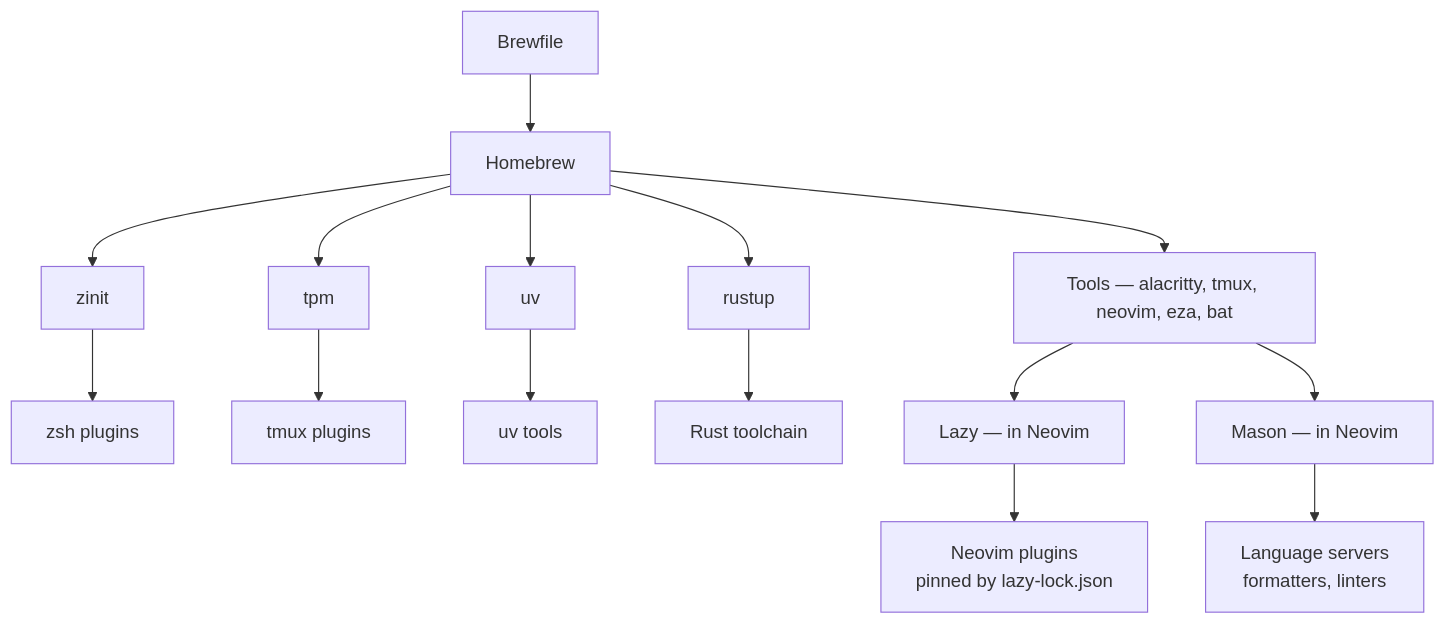
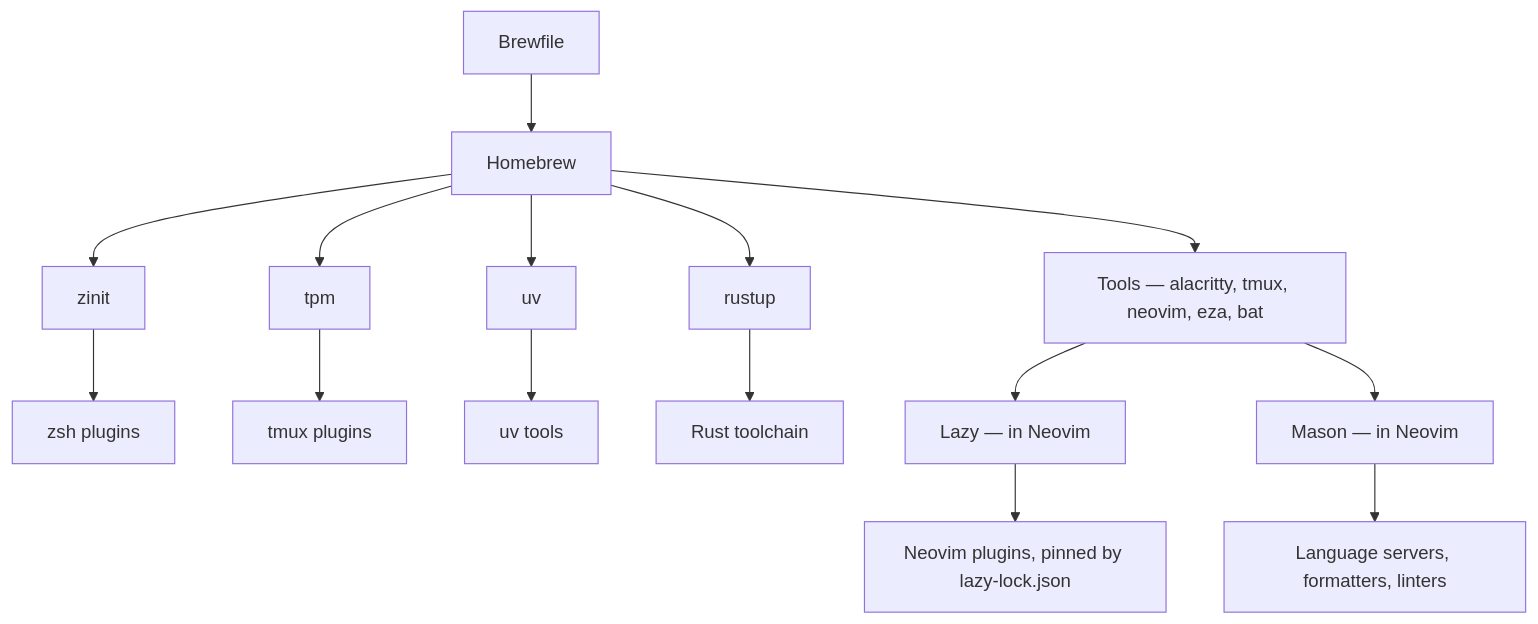
Before and after one commit to olegturzhanskii/dotfiles: the diagram in docs/design.md, drawn with Mermaid. The commit also changed other lines of this file, not shown here.

First line of the commit message:
docs: keep the ownership diagram readable in every renderer

````diff
--- a/docs/design.md
+++ b/docs/design.md
@@ -72,11 +72,11 @@
 ```mermaid
 flowchart TD
     B["Brewfile"] --> H["Homebrew"]
     H --> T["Tools — alacritty, tmux, neovim, eza, bat"]
     H --> M1["zinit"] --> P1["zsh plugins"]
     H --> M2["tpm"] --> P2["tmux plugins"]
     H --> M3["uv"] --> P3["uv tools"]
     H --> M4["rustup"] --> P4["Rust toolchain"]
-    T --> L["Lazy — in Neovim"] --> P5["Neovim plugins<br/>pinned by lazy-lock.json"]
-    T --> MA["Mason — in Neovim"] --> P6["Language servers<br/>formatters, linters"]
+    T --> L["Lazy — in Neovim"] --> P5["Neovim plugins, pinned by lazy-lock.json"]
+    T --> MA["Mason — in Neovim"] --> P6["Language servers, formatters, linters"]
 ```
````
